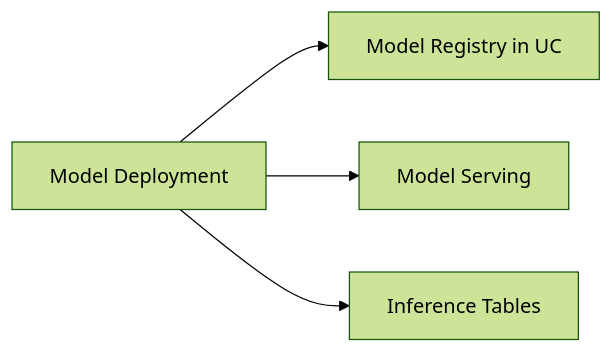
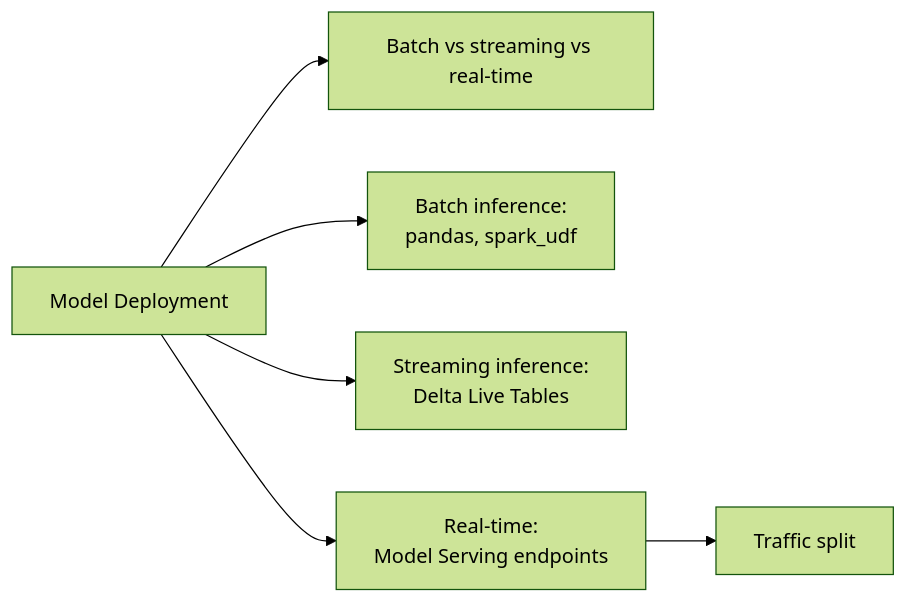
Before and after one commit to kengio/databricks-certification-study-guide: the diagram in certifications/ml-associate/04-model-deployment/README.md, drawn with Mermaid (forest theme). The commit also changed other lines of this file and 50 other files, not shown here.

````diff
--- a/certifications/ml-associate/04-model-deployment/README.md
+++ b/certifications/ml-associate/04-model-deployment/README.md
@@ -18,6 +19,8 @@
 ```mermaid
 flowchart LR
-    MD[Model Deployment] --> Reg[Model Registry in UC]
-    MD --> Serve[Model Serving]
-    MD --> Inf[Inference Tables]
+    MD[Model Deployment] --> Choose[Batch vs streaming vs real-time]
+    MD --> Batch[Batch inference:<br/>pandas, spark_udf]
+    MD --> Stream[Streaming inference:<br/>Delta Live Tables]
+    MD --> RT[Real-time:<br/>Model Serving endpoints]
+    RT --> Split[Traffic split]
 ```
````
